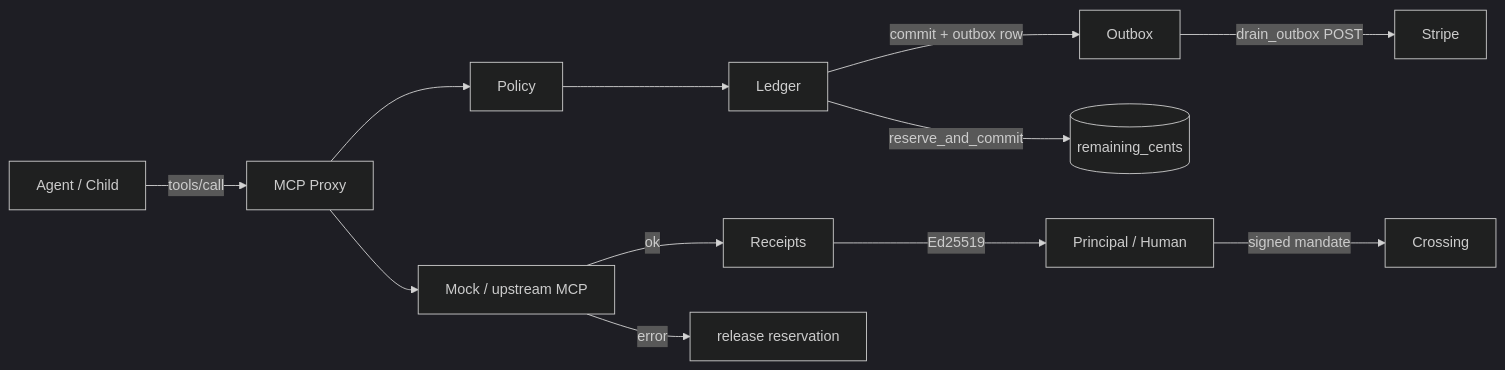
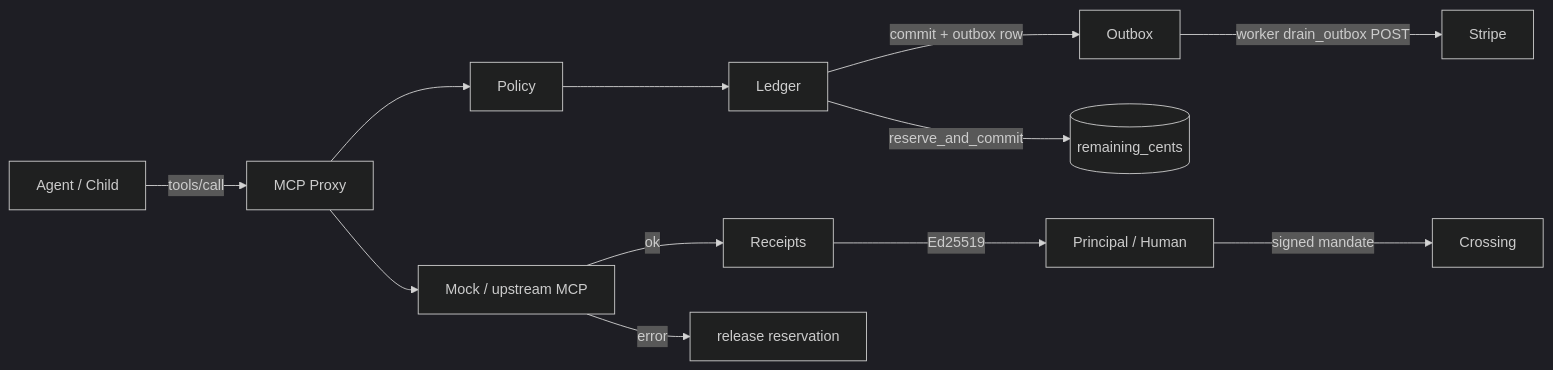
One commit to dakotalock/the-crossing changed the diagram in README.md. Above: the diagram before and after it, drawn with Mermaid (dark theme). The commit also changed other lines of this file, not shown here.

Commit message:
Prod: gate invoke on Stripe customer; worker-only drain; no global customer

````diff
--- a/README.md
+++ b/README.md
@@ -27,14 +27,14 @@
 ```mermaid
 flowchart LR
   Human[Principal / Human] -->|signed mandate| Crossing
   Agent[Agent / Child] -->|tools/call| Proxy
   Proxy[MCP Proxy] --> Policy
   Policy --> Ledger
   Ledger -->|reserve_and_commit| Budget[(remaining_cents)]
   Proxy --> MCP[Mock / upstream MCP]
   MCP -->|ok| Receipts
   Receipts -->|Ed25519| Human
   Ledger -->|commit + outbox row| Outbox
-  Outbox -->|drain_outbox POST| Stripe
+  Outbox -->|worker drain_outbox POST| Stripe
   MCP -->|error| Release[release reservation]
 ```
````
